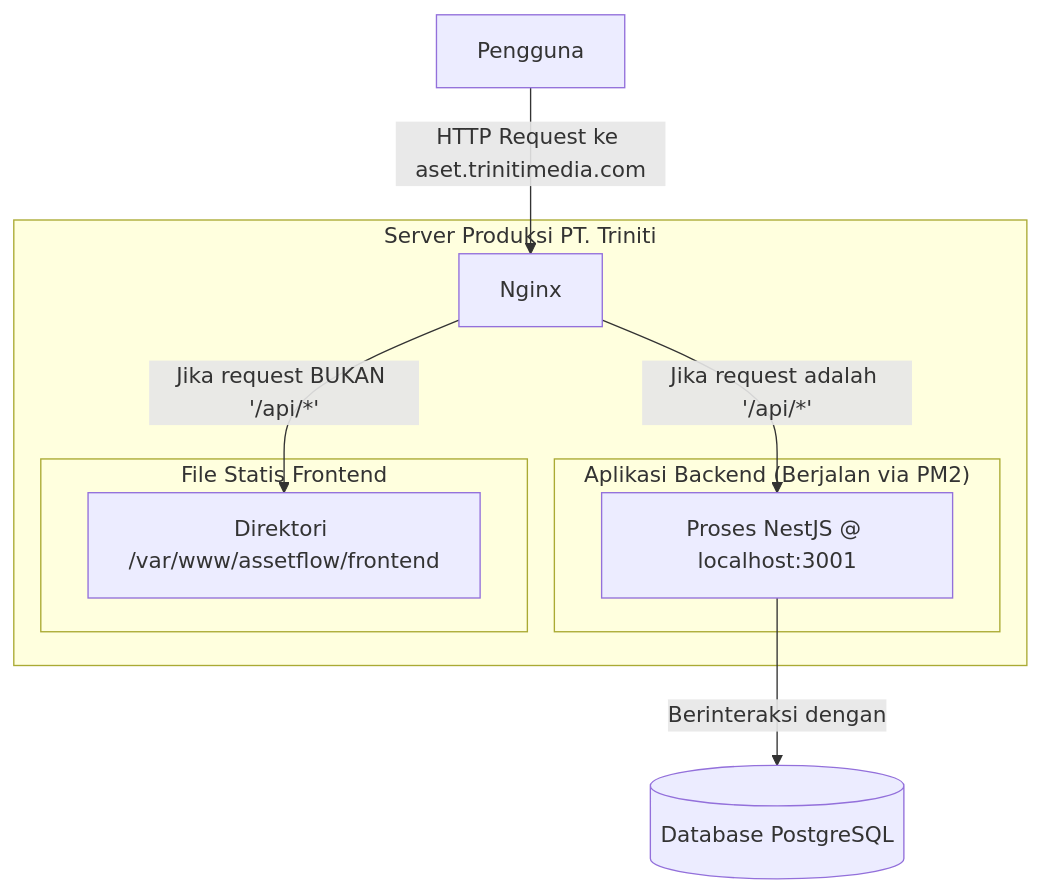
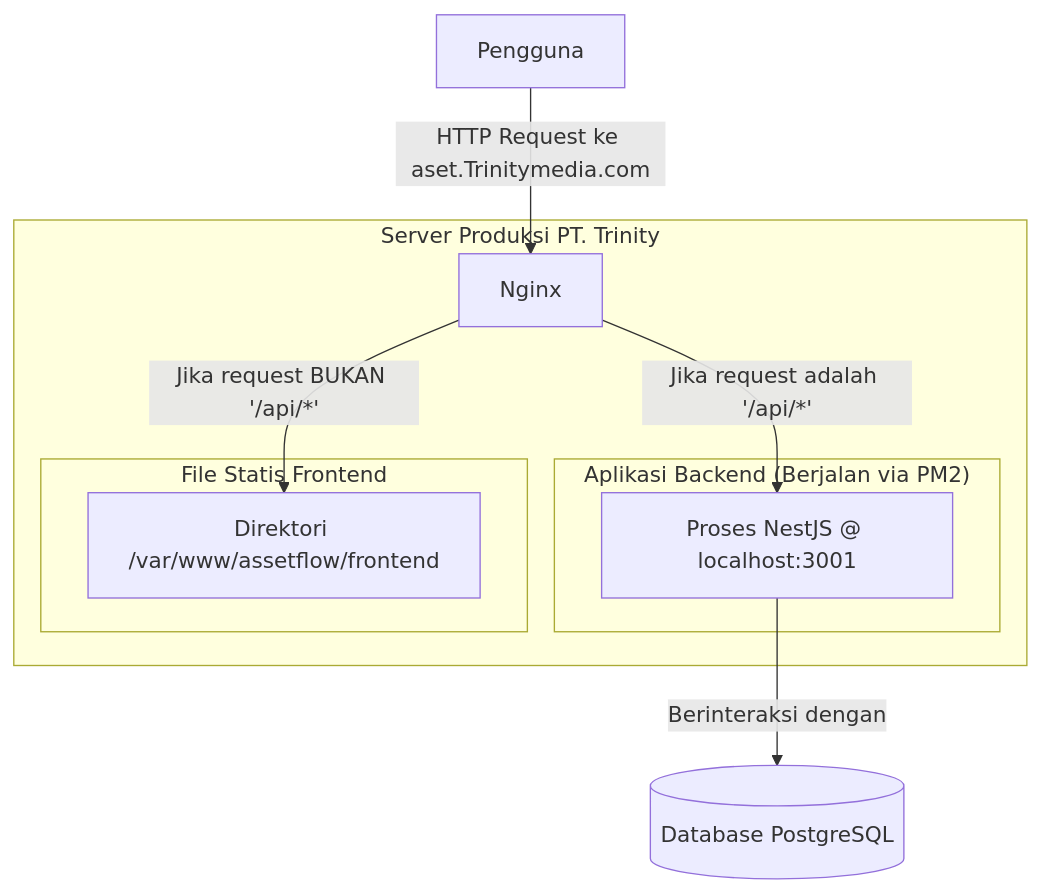
One commit to Asamaludi26/trinityinventoryapps changed the third of 4 diagrams in Docs/01_CONCEPT_AND_ARCHITECTURE/ARCHITECTURE.md. Above: the diagram before and after it, drawn with Mermaid. The commit also changed other lines of this file and 50 other files, not shown here.

````diff
--- a/Docs/01_CONCEPT_AND_ARCHITECTURE/ARCHITECTURE.md
+++ b/Docs/01_CONCEPT_AND_ARCHITECTURE/ARCHITECTURE.md
@@ -102,20 +105,20 @@
 ```mermaid
 graph TD
-    User[Pengguna] -- "HTTP Request ke aset.trinitimedia.com" --> Nginx
+    User[Pengguna] -- "HTTP Request ke aset.Trinitymedia.com" --> Nginx
 
-    subgraph "Server Produksi PT. Triniti"
+    subgraph "Server Produksi PT. Trinity"
         Nginx
-        
+
         subgraph "Aplikasi Backend (Berjalan via PM2)"
             Backend[Proses NestJS @ localhost:3001]
         end
 
         subgraph "File Statis Frontend"
             Frontend[Direktori /var/www/assetflow/frontend]
         end
     end
-    
+
     Nginx -- "Jika request adalah '/api/*'" --> Backend
     Nginx -- "Jika request BUKAN '/api/*'" --> Frontend
     Backend -- "Berinteraksi dengan" --> DB[(Database PostgreSQL)]
 ```
````
